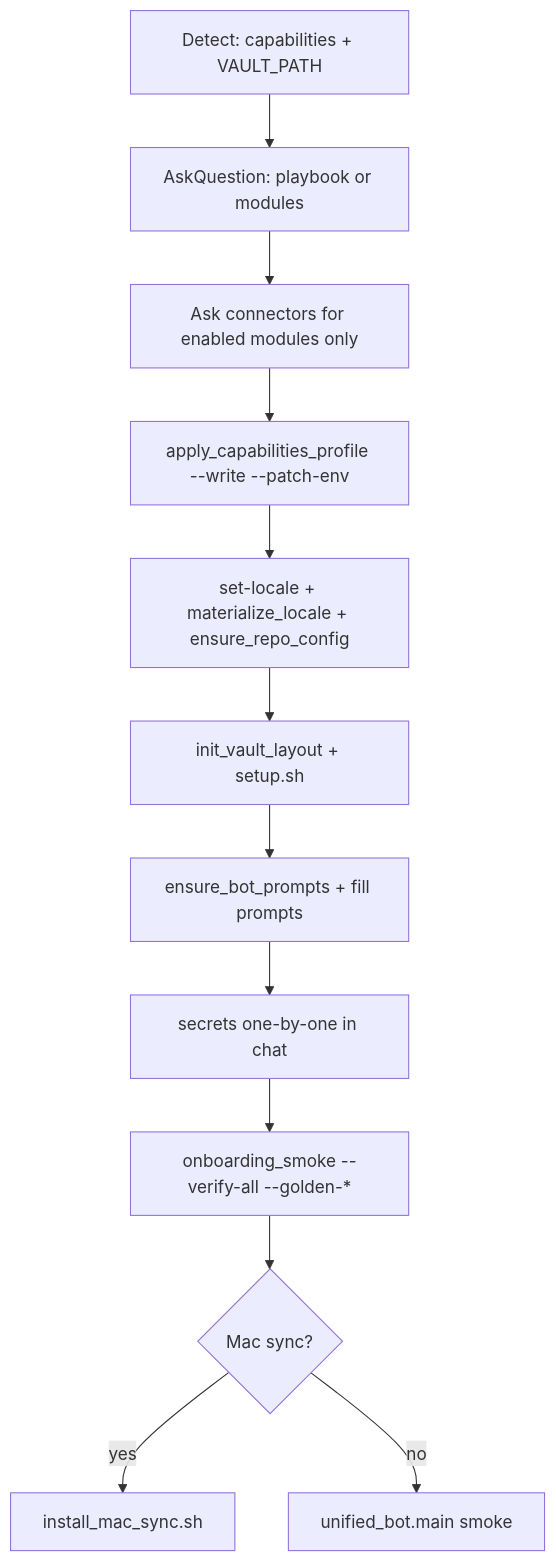
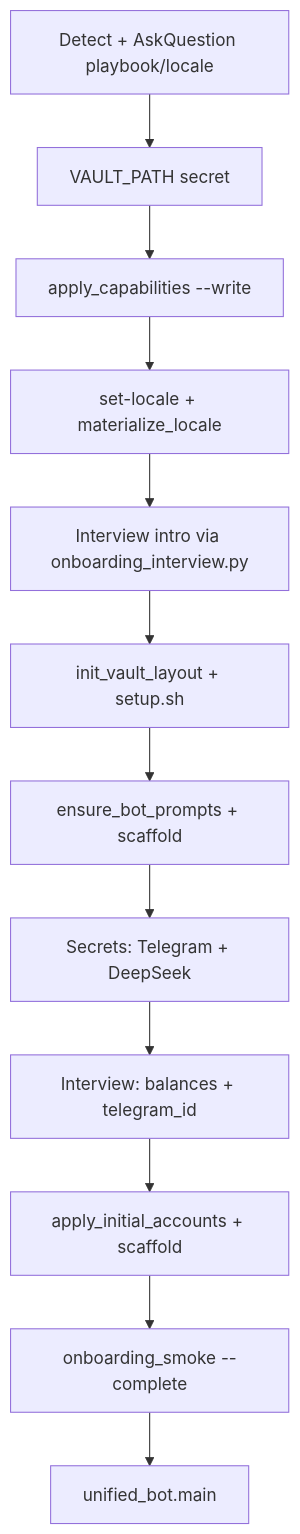
One commit to aeshef/obsidian-agent changed the diagram in .cursor/skills/obsidian-agent-onboarding/SKILL.md. Above: the diagram before and after it, drawn with Mermaid. The commit also changed other lines of this file and 16 other files, not shown here.

First line of the commit message:
feat(onboarding): interview flow, opening balances, completion gate

````diff
--- a/.cursor/skills/obsidian-agent-onboarding/SKILL.md
+++ b/.cursor/skills/obsidian-agent-onboarding/SKILL.md
@@ -101,14 +101,14 @@
 ```mermaid
 flowchart TD
-  A[Detect: capabilities + VAULT_PATH] --> B[AskQuestion: playbook or modules]
-  B --> C[Ask connectors for enabled modules only]
-  C --> D[apply_capabilities_profile --write --patch-env]
-  D --> E[set-locale + materialize_locale + ensure_repo_config]
+  A[Detect + AskQuestion playbook/locale] --> B[VAULT_PATH secret]
+  B --> C[apply_capabilities --write]
+  C --> D[set-locale + materialize_locale]
+  D --> E[Interview intro via onboarding_interview.py]
   E --> F[init_vault_layout + setup.sh]
-  F --> G[ensure_bot_prompts + fill prompts]
-  G --> H[secrets one-by-one in chat]
-  H --> I[onboarding_smoke --verify-all --golden-*]
-  I --> J{Mac sync?}
-  J -->|yes| K[install_mac_sync.sh]
-  J -->|no| L[unified_bot.main smoke]
+  F --> G[ensure_bot_prompts + scaffold]
+  G --> H[Secrets: Telegram + DeepSeek]
+  H --> I[Interview: balances + telegram_id]
+  I --> J[apply_initial_accounts + scaffold]
+  J --> K[onboarding_smoke --complete]
+  K --> L[unified_bot.main]
 ```
````
